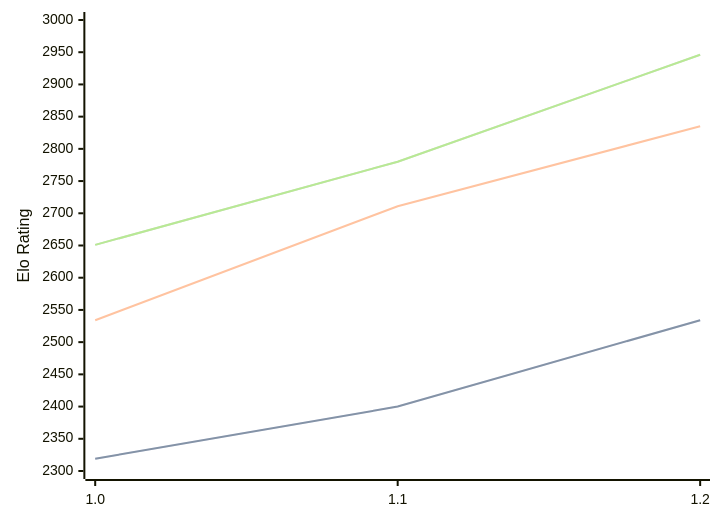
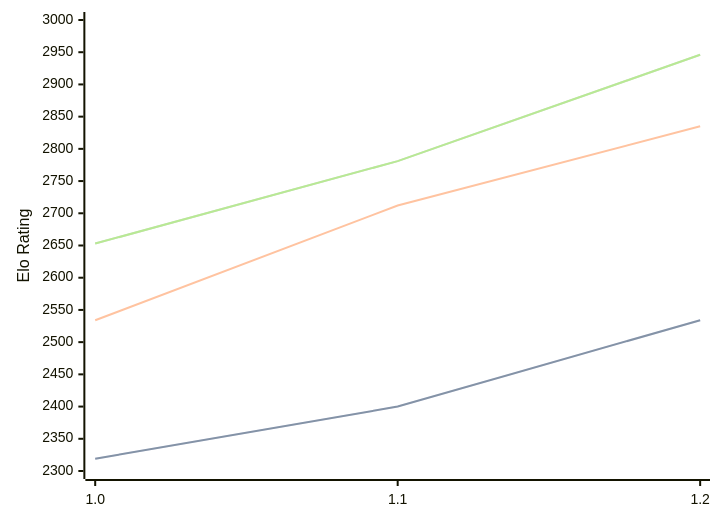
Before and after one commit to computer-chess-index/cci: the diagram in engines/FoxChess.md, drawn with Mermaid. The commit also changed other lines of this file, not shown here.

Commit message:
Update CCI Ratings (ELO VLTC) - 2026-09-18

````diff
--- a/engines/FoxChess.md
+++ b/engines/FoxChess.md
@@ -33,11 +33,11 @@
 ```mermaid
 %%{init: {"theme":"base","themeVariables":{"seriesColors:['#a3a3a3','#222221','#faa371']}}}%%
 xychart-beta
   x-axis ["1.0", "1.1", "1.2"]
   y-axis "Elo Rating" 2300 --> 3000
   line "" [2319, 2400, 2534]
   line "STC (8.0+0.08s)" [2319, 2400, 2534]
-  line "LTC (60.0+0.60s)" [2534, 2711, 2835]
-  line "" [2651, 2780, 2946]
-  line "VLTC (2m24s+1.12s)" [2651, 2780, 2946]
+  line "LTC (60.0+0.60s)" [2534, 2712, 2835]
+  line "" [2653, 2781, 2946]
+  line "VLTC (2m24s+1.12s)" [2653, 2781, 2946]
 ```
````
